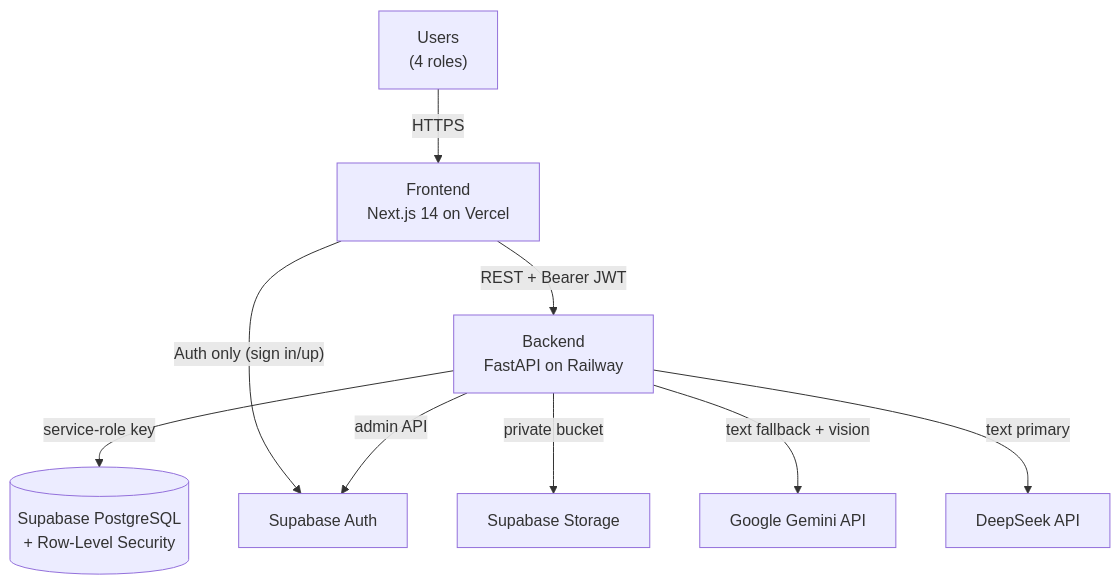
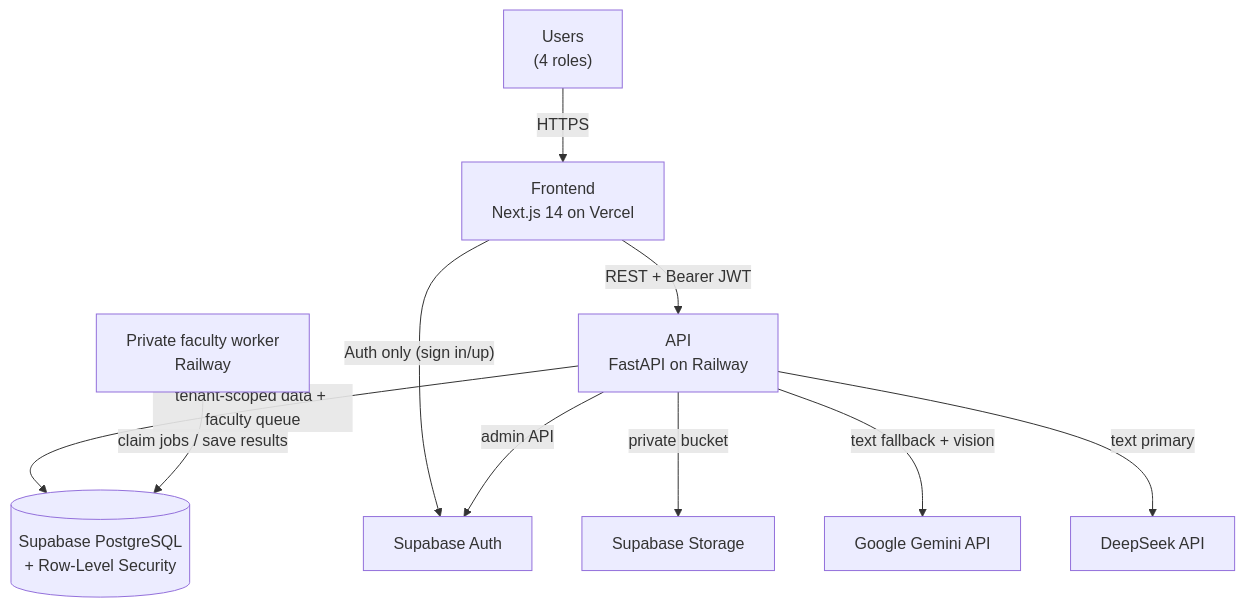
Before and after one commit to ArivuTechTeam/Arivu-counselling: the first of 2 diagrams in docs/PROJECT-TECHNICAL-DOCUMENT.md, drawn with Mermaid. The commit also changed other lines of this file and 5 other files, not shown here.

````diff
--- a/docs/PROJECT-TECHNICAL-DOCUMENT.md
+++ b/docs/PROJECT-TECHNICAL-DOCUMENT.md
@@ -121,11 +127,12 @@
 ```mermaid
 flowchart TD
     U["Users<br/>(4 roles)"] -->|HTTPS| FE["Frontend<br/>Next.js 14 on Vercel"]
-    FE -->|"REST + Bearer JWT"| BE["Backend<br/>FastAPI on Railway"]
+    FE -->|"REST + Bearer JWT"| BE["API<br/>FastAPI on Railway"]
     FE -->|"Auth only (sign in/up)"| SB_AUTH["Supabase Auth"]
-    BE -->|"service-role key"| SB_DB[("Supabase PostgreSQL<br/>+ Row-Level Security")]
+    BE -->|"tenant-scoped data + faculty queue"| SB_DB[("Supabase PostgreSQL<br/>+ Row-Level Security")]
+    WK["Private faculty worker<br/>Railway"] -->|"claim jobs / save results"| SB_DB
     BE -->|"admin API"| SB_AUTH
     BE -->|"private bucket"| SB_ST["Supabase Storage"]
     BE -->|"text fallback + vision"| GEM["Google Gemini API"]
     BE -->|"text primary"| DS["DeepSeek API"]
 ```
````
